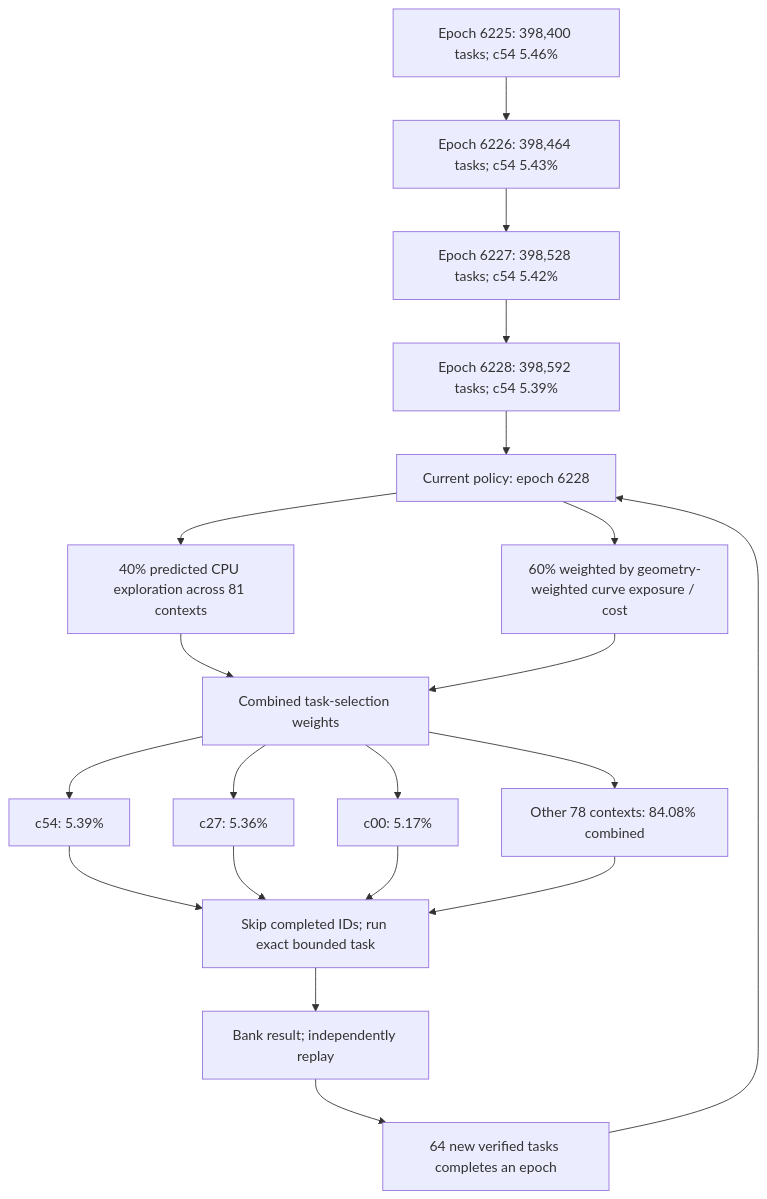
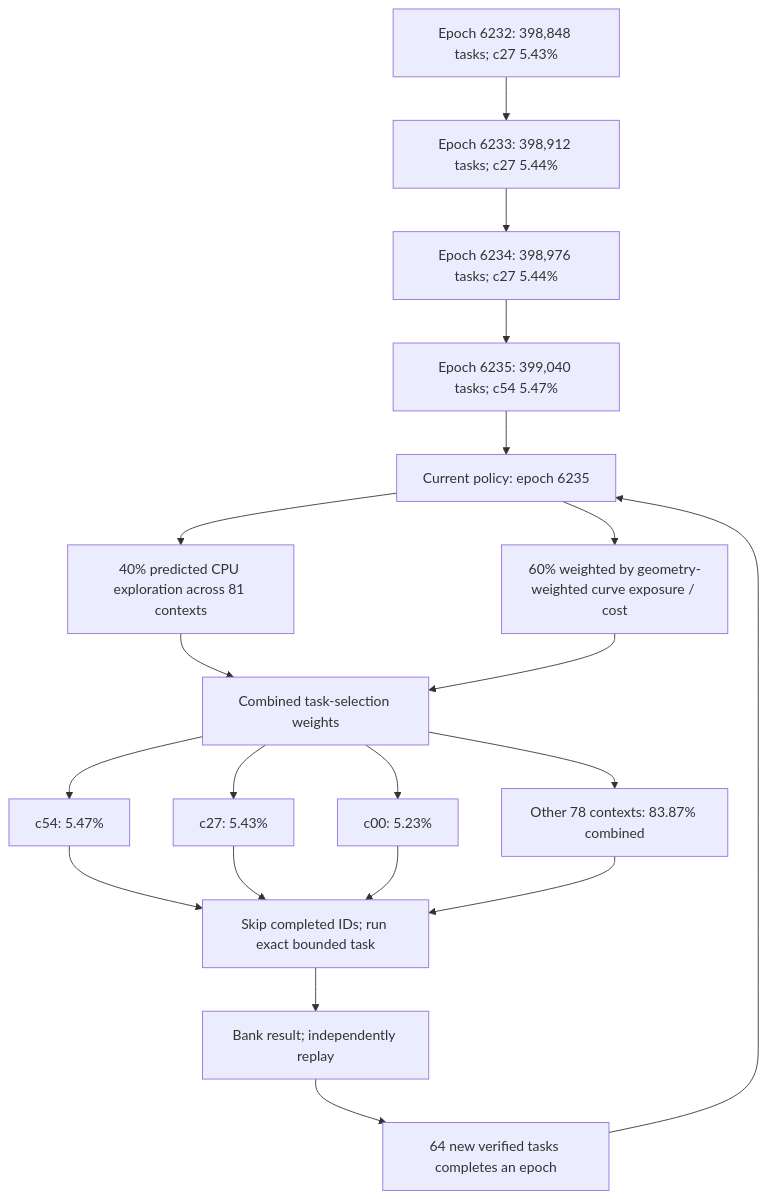
One commit to Kuberwastaken/math-gambling changed the first of 4 diagrams in README.md. Above: the diagram before and after it, drawn with Mermaid. The commit also changed other lines of this file and 1024 other files, not shown here.

````diff
--- a/README.md
+++ b/README.md
@@ -60,27 +60,27 @@
 ```mermaid
 flowchart TD
-    H0["Epoch 6225: 398,400 tasks; c54 5.46%"]
-    H1["Epoch 6226: 398,464 tasks; c54 5.43%"]
+    H0["Epoch 6232: 398,848 tasks; c27 5.43%"]
+    H1["Epoch 6233: 398,912 tasks; c27 5.44%"]
     H0 --> H1
-    H2["Epoch 6227: 398,528 tasks; c54 5.42%"]
+    H2["Epoch 6234: 398,976 tasks; c27 5.44%"]
     H1 --> H2
-    H3["Epoch 6228: 398,592 tasks; c54 5.39%"]
+    H3["Epoch 6235: 399,040 tasks; c54 5.47%"]
     H2 --> H3
-    Policy["Current policy: epoch 6228"]
+    Policy["Current policy: epoch 6235"]
     H3 --> Policy
     Policy --> Explore["40% predicted CPU exploration across 81 contexts"]
     Policy --> Cost["60% weighted by geometry-weighted curve exposure / cost"]
     Explore --> Mix["Combined task-selection weights"]
     Cost --> Mix
-    Mix --> C0["c54: 5.39%"]
-    Mix --> C1["c27: 5.36%"]
-    Mix --> C2["c00: 5.17%"]
-    Mix --> Rest["Other 78 contexts: 84.08% combined"]
+    Mix --> C0["c54: 5.47%"]
+    Mix --> C1["c27: 5.43%"]
+    Mix --> C2["c00: 5.23%"]
+    Mix --> Rest["Other 78 contexts: 83.87% combined"]
     C0 --> Check["Skip completed IDs; run exact bounded task"]
     C1 --> Check
     C2 --> Check
     Rest --> Check
     Check --> Replay["Bank result; independently replay"]
     Replay --> Gate["64 new verified tasks completes an epoch"]
     Gate --> Policy
 ```
````
